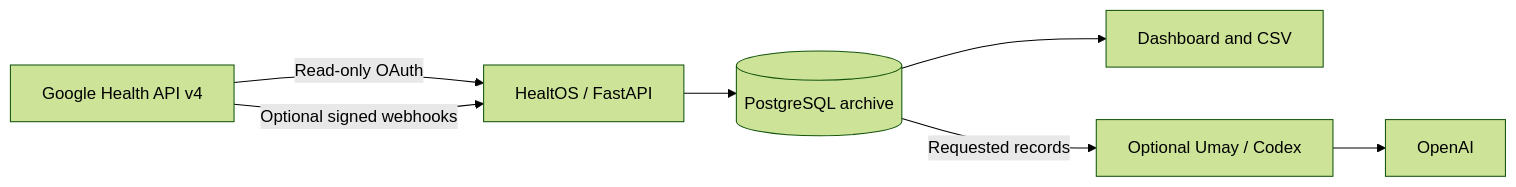
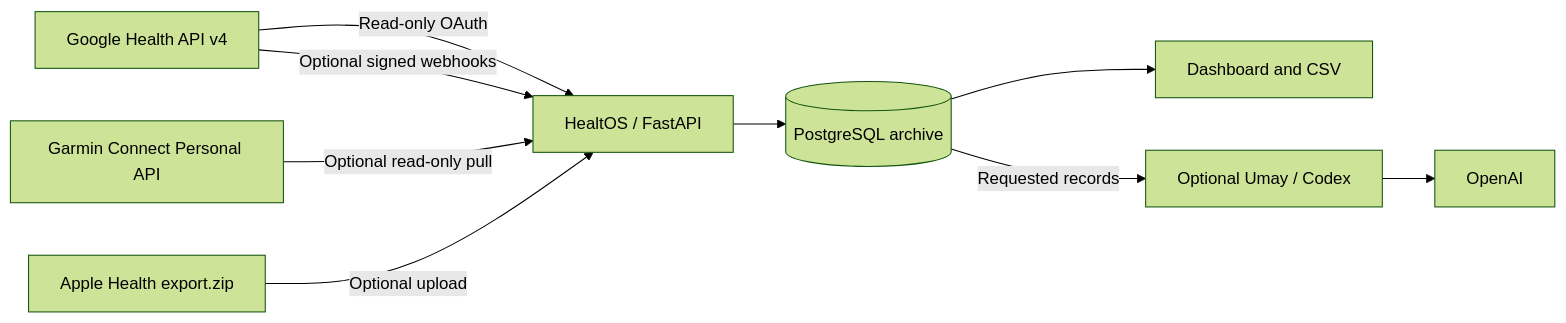
The diagram in README.md (M3rgen/HealthOS), drawn with Mermaid (forest theme) before and after one commit. The commit also changed other lines of this file and 37 other files, not shown here.

````diff
--- a/README.md
+++ b/README.md
@@ -75,9 +78,11 @@
 ```mermaid
 flowchart LR
     G[Google Health API v4] -->|Read-only OAuth| A[HealtOS / FastAPI]
     G -->|Optional signed webhooks| A
+    R[Garmin Connect Personal API] -->|Optional read-only pull| A
+    H[Apple Health export.zip] -->|Optional upload| A
     A --> P[(PostgreSQL archive)]
     P --> D[Dashboard and CSV]
     P -->|Requested records| U[Optional Umay / Codex]
     U --> O[OpenAI]
 ```
````
